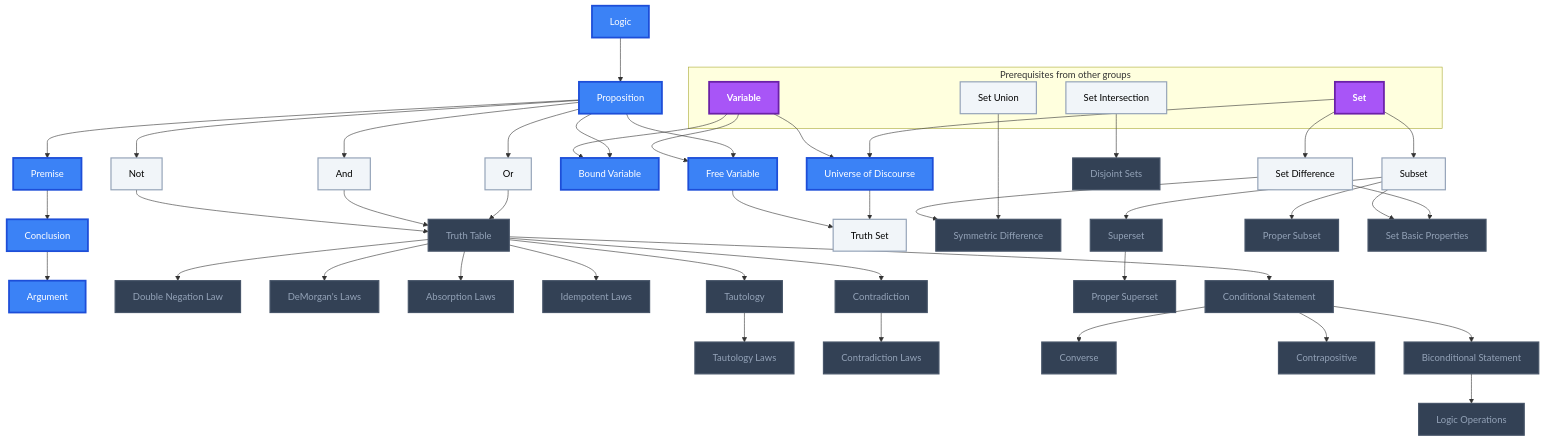
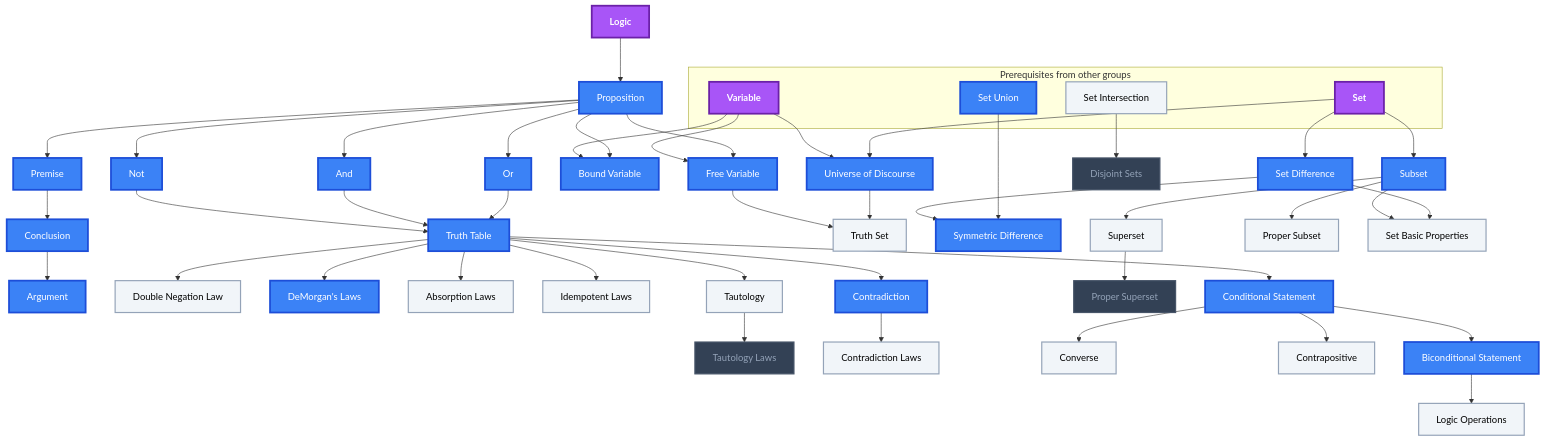
The first of 7 diagrams in Gamification/Skill Trees/Discrete Mathematics.md (MRauf1/My-Notes), drawn with Mermaid before and after one commit. The commit also changed other lines of this file and 62 other files, not shown here.

````diff
--- a/Gamification/Skill Trees/Discrete Mathematics.md
+++ b/Gamification/Skill Trees/Discrete Mathematics.md
@@ -103,9 +106,9 @@
     n_conditional_statement --> n_contrapositive
     n_conditional_statement --> n_biconditional_statement
     n_biconditional_statement --> n_logic_operations
-    class n_truth_table,n_double_negation_law,n_demorgan_s_laws,n_absorption_laws,n_idempotent_laws,n_contradiction,n_tautology,n_tautology_laws,n_contradiction_laws,n_symmetric_difference,n_disjoint_sets,n_superset,n_proper_subset,n_proper_superset,n_set_basic_properties,n_conditional_statement,n_converse,n_contrapositive,n_biconditional_statement,n_logic_operations locked;
-    class n_set_union,n_set_intersection,n_not,n_and,n_or,n_truth_set,n_set_difference,n_subset L0;
-    class n_logic,n_proposition,n_premise,n_conclusion,n_argument,n_bound_variable,n_free_variable,n_universe_of_discourse L2;
-    class n_variable,n_set L3;
+    class n_tautology_laws,n_disjoint_sets,n_proper_superset locked;
+    class n_set_intersection,n_double_negation_law,n_absorption_laws,n_idempotent_laws,n_tautology,n_contradiction_laws,n_truth_set,n_superset,n_proper_subset,n_set_basic_properties,n_converse,n_contrapositive,n_logic_operations L0;
+    class n_set_union,n_proposition,n_premise,n_conclusion,n_argument,n_not,n_and,n_or,n_truth_table,n_demorgan_s_laws,n_contradiction,n_bound_variable,n_free_variable,n_universe_of_discourse,n_set_difference,n_symmetric_difference,n_subset,n_conditional_statement,n_biconditional_statement L2;
+    class n_variable,n_set,n_logic L3;
     class n_variable,n_set,n_set_union,n_set_intersection,n_logic,n_proposition,n_premise,n_conclusion,n_argument,n_not,n_and,n_or,n_truth_table,n_double_negation_law,n_demorgan_s_laws,n_absorption_laws,n_idempotent_laws,n_contradiction,n_tautology,n_tautology_laws,n_contradiction_laws,n_bound_variable,n_free_variable,n_universe_of_discourse,n_truth_set,n_set_difference,n_symmetric_difference,n_disjoint_sets,n_subset,n_superset,n_proper_subset,n_proper_superset,n_set_basic_properties,n_conditional_statement,n_converse,n_contrapositive,n_biconditional_statement,n_logic_operations internal-link;
 ```
````
